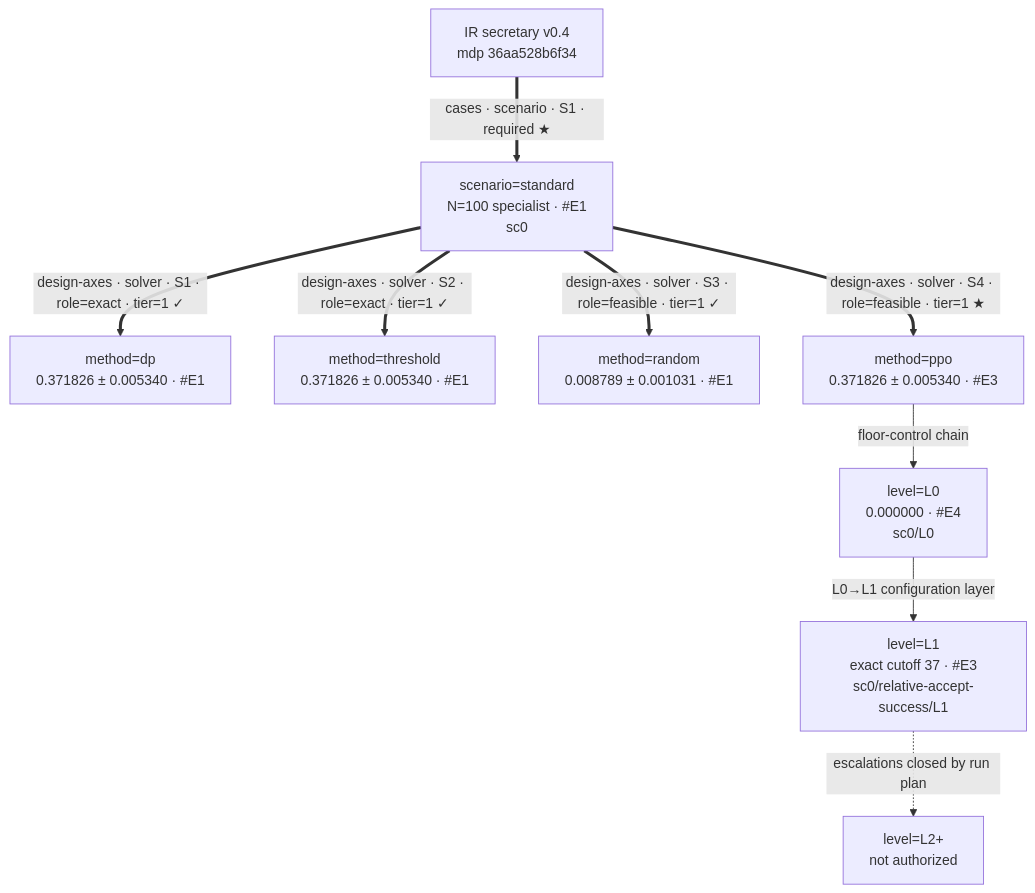
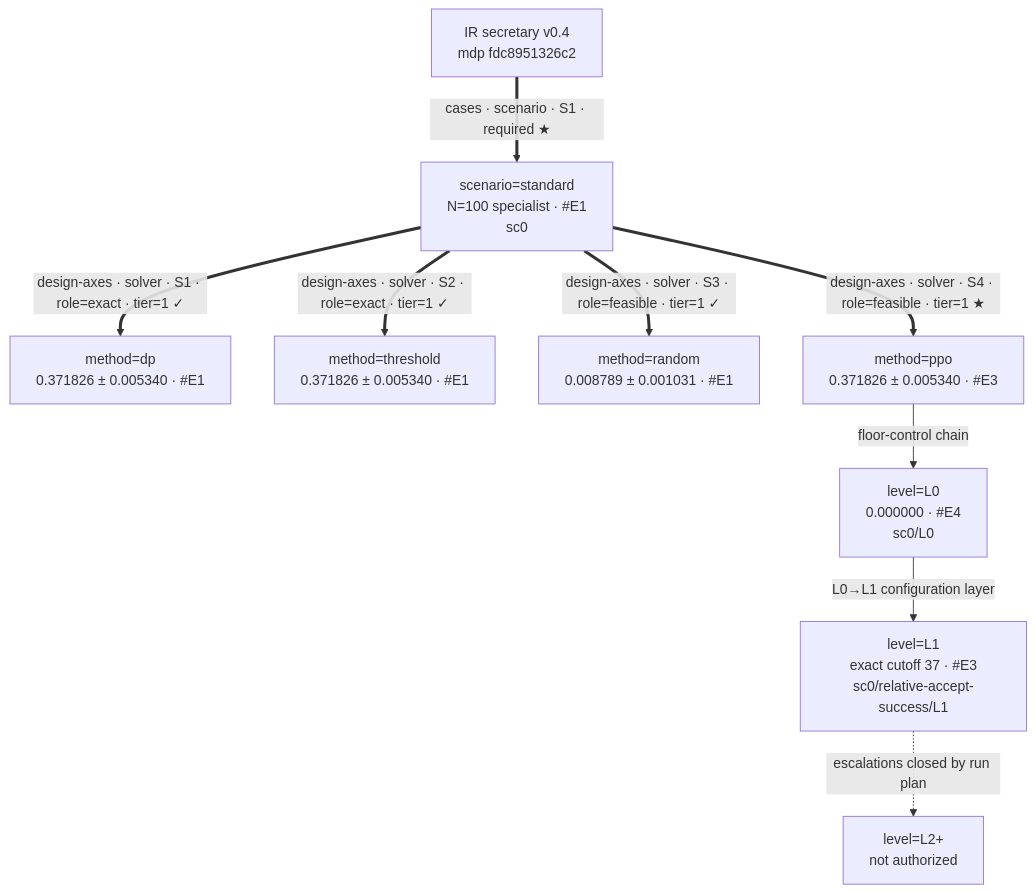
The diagram in cases/secretary/ESCALATION.md (tong-wang/auto-mdp-solver), drawn with Mermaid before and after one commit. The commit also changed other lines of this file and 11 other files, not shown here.

````diff
--- a/cases/secretary/ESCALATION.md
+++ b/cases/secretary/ESCALATION.md
@@ -12,12 +12,12 @@
 ```mermaid
 graph TD
-    ROOT["IR secretary v0.4<br/>mdp 36aa528b6f34"]
+    ROOT["IR secretary v0.4<br/>mdp fdc8951326c2"]
     ROOT ==>|"cases · scenario · S1 · required ★"| SC["scenario=standard<br/>N=100 specialist · #E1<br/>sc0"]
     SC ==>|"design-axes · solver · S1 · role=exact · tier=1 ✓"| DP["method=dp<br/>0.371826 ± 0.005340 · #E1"]
     SC ==>|"design-axes · solver · S2 · role=exact · tier=1 ✓"| TH["method=threshold<br/>0.371826 ± 0.005340 · #E1"]
     SC ==>|"design-axes · solver · S3 · role=feasible · tier=1 ✓"| RN["method=random<br/>0.008789 ± 0.001031 · #E1"]
     SC ==>|"design-axes · solver · S4 · role=feasible · tier=1 ★"| PPO["method=ppo<br/>0.371826 ± 0.005340 · #E3"]
     PPO -->|"floor-control chain"| L0["level=L0<br/>0.000000 · #E4<br/>sc0/L0"]
     L0 -->|"L0→L1 configuration layer"| L1["level=L1<br/>exact cutoff 37 · #E3<br/>sc0/relative-accept-success/L1"]
     L1 -.->|"escalations closed by run plan"| L2["level=L2+<br/>not authorized"]
 ```
````
